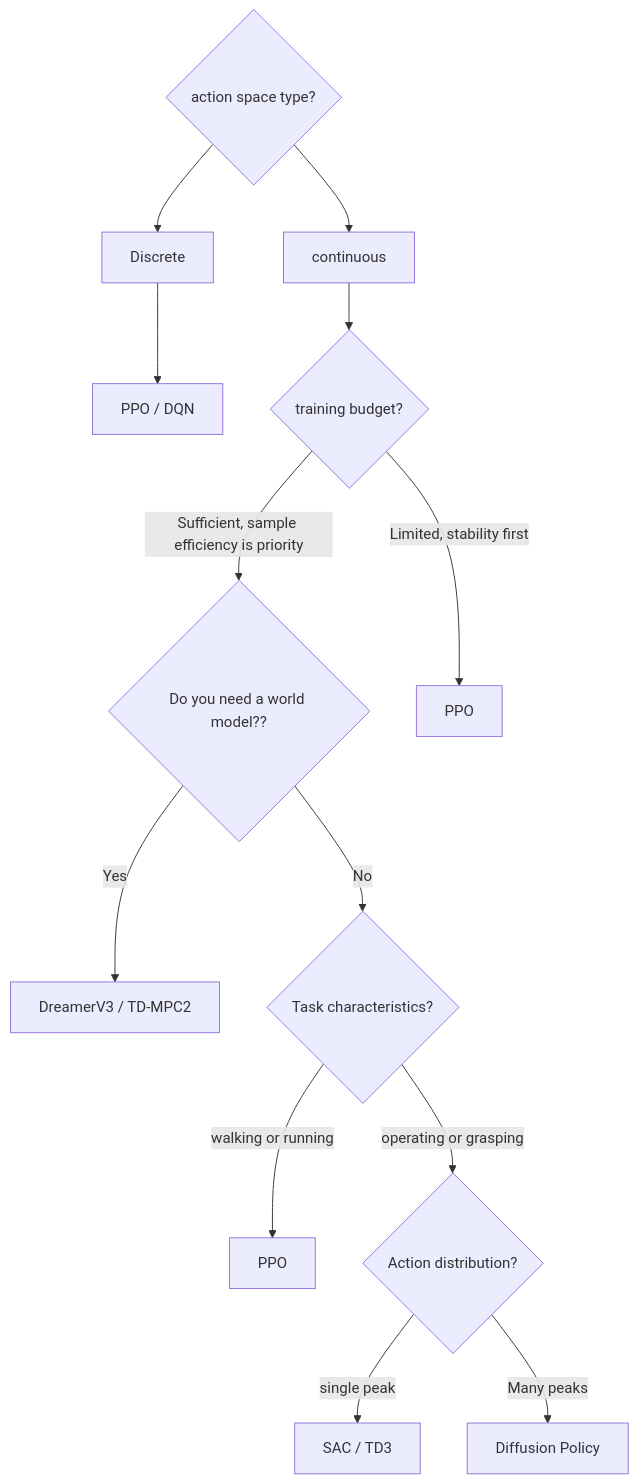
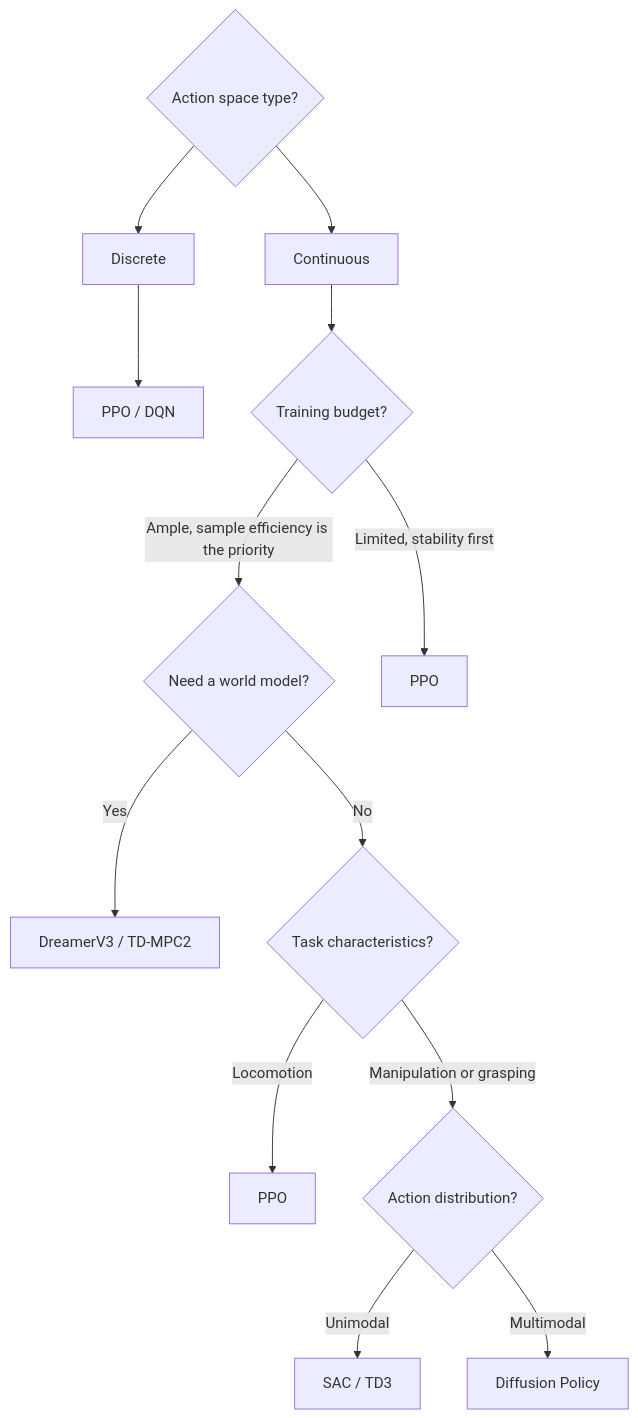
Before and after one commit to TingdeLiu/tingdeliu.github.io: diagram 11 of 24 in _translations/en/research/Reinforcement-Learning-Survey.md, drawn with Mermaid. The commit also changed other lines of this file and 51 other files, not shown here.

````diff
--- a/_translations/en/research/Reinforcement-Learning-Survey.md
+++ b/_translations/en/research/Reinforcement-Learning-Survey.md
@@ -973,15 +973,15 @@
 ```mermaid
 graph TD
-    A{"action space type?"} --> B["Discrete"]
-    A --> C["continuous"]
+    A{"Action space type?"} --> B["Discrete"]
+    A --> C["Continuous"]
     B --> D["PPO / DQN"]
-    C --> E{"training budget?"}
-    E -->|Sufficient, sample efficiency is priority| F{"Do you need a world model??"}
+    C --> E{"Training budget?"}
+    E -->|Ample, sample efficiency is the priority| F{"Need a world model?"}
     E -->|Limited, stability first| G["PPO"]
     F -->|Yes| H["DreamerV3 / TD-MPC2"]
     F -->|No| I{"Task characteristics?"}
-    I -->|walking or running| J["PPO"]
-    I -->|operating or grasping| K{"Action distribution?"}
-    K -->|single peak| L["SAC / TD3"]
-    K -->|Many peaks| M["Diffusion Policy"]
+    I -->|Locomotion| J["PPO"]
+    I -->|Manipulation or grasping| K{"Action distribution?"}
+    K -->|Unimodal| L["SAC / TD3"]
+    K -->|Multimodal| M["Diffusion Policy"]
 ```
````
